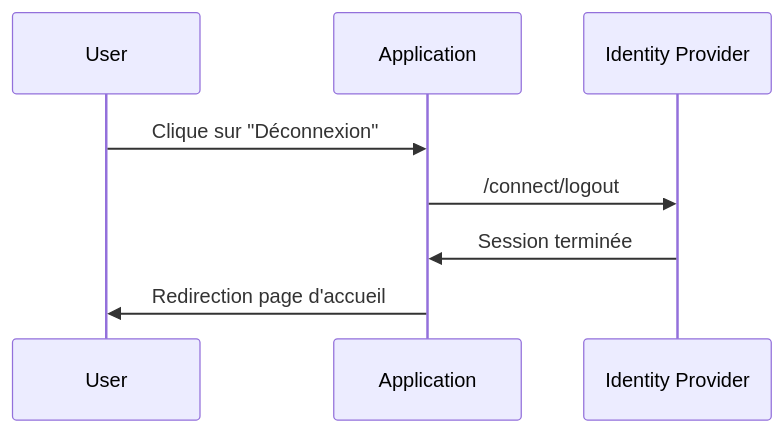
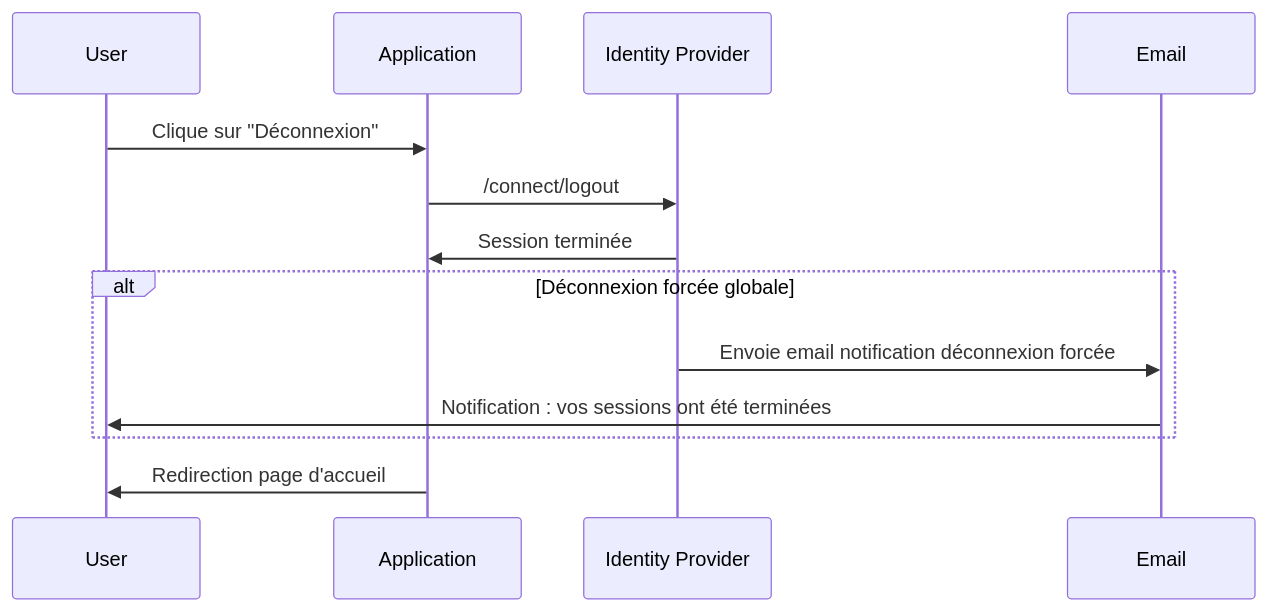
One commit to FantasticJoho/johodp changed diagram 13 of 16 in docs/identity-flows-mermaid.md. Above: the diagram before and after it, drawn with Mermaid. The commit also changed other lines of this file and 1 other file, not shown here.

Commit message:
feat: Add email confirmation steps for account activation and password reset flows in identity diagrams

````diff
--- a/docs/identity-flows-mermaid.md
+++ b/docs/identity-flows-mermaid.md
@@ -212,11 +241,15 @@
 ```mermaid
 sequenceDiagram
     participant User
     participant App as Application
     participant IdP as Identity Provider
 
     User->>App: Clique sur "Déconnexion"
     App->>IdP: /connect/logout
     IdP->>App: Session terminée
+    alt Déconnexion forcée globale
+        IdP->>Email: Envoie email notification déconnexion forcée
+        Email->>User: Notification : vos sessions ont été terminées
+    end
     App->>User: Redirection page d'accueil
 ```
````
